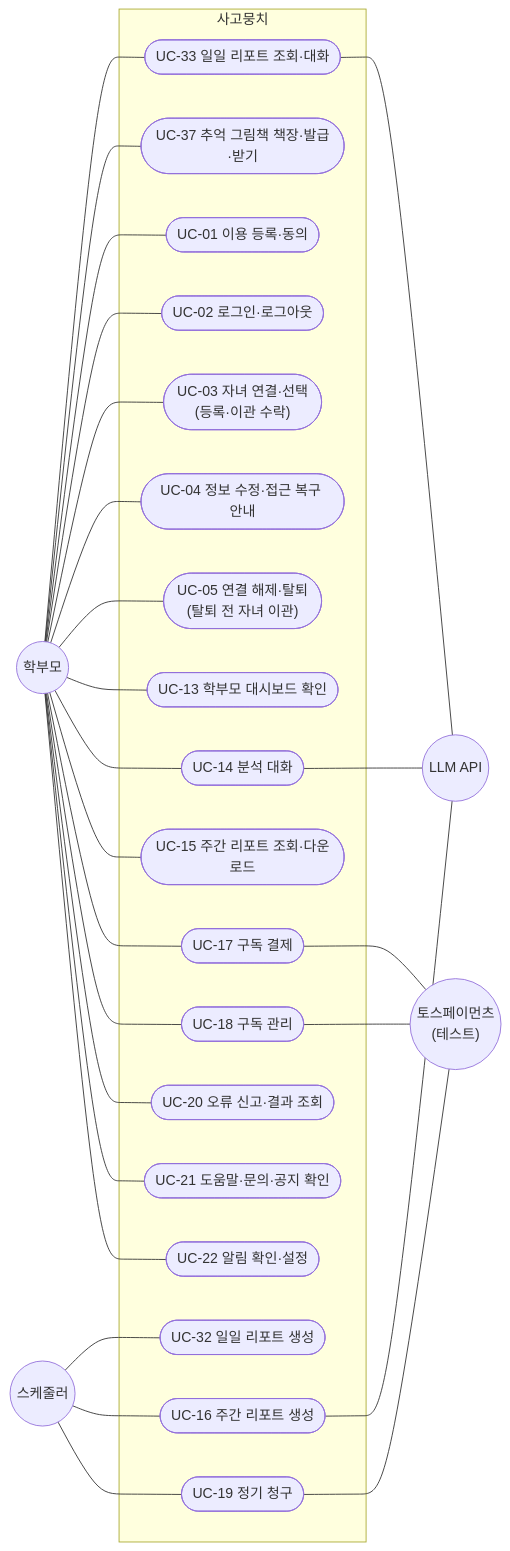
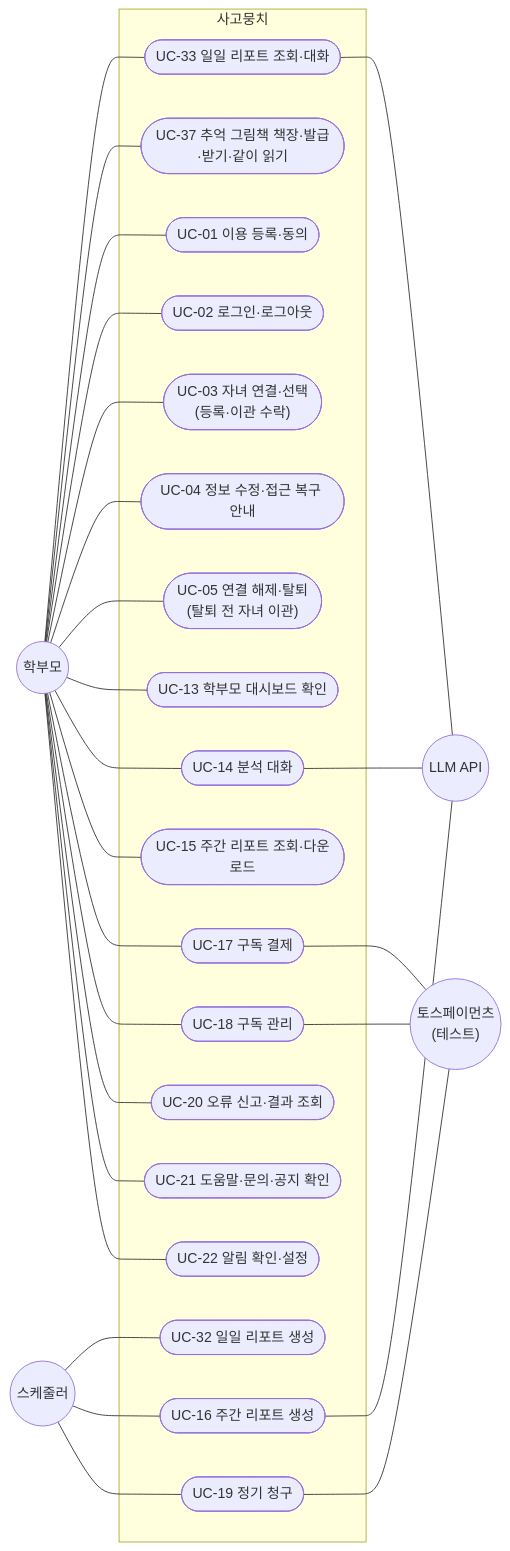
The third of 5 diagrams in docs/design/usecase.md (SKNETWORKS-FAMILY-AICAMP/SKN34-FINAL-3TEAM), drawn with Mermaid before and after one commit. The commit also changed other lines of this file and 15 other files, not shown here.

````diff
--- a/docs/design/usecase.md
+++ b/docs/design/usecase.md
@@ -118,54 +118,54 @@
 ```mermaid
 flowchart LR
   PAR(("학부모"))
   SCH(("스케줄러"))
   LLM(("LLM API"))
   PG(("토스페이먼츠<br/>(테스트)"))
 
   subgraph SYS["사고뭉치"]
     UC01(["UC-01 이용 등록·동의"])
     UC02(["UC-02 로그인·로그아웃"])
     UC03(["UC-03 자녀 연결·선택<br/>(등록·이관 수락)"])
     UC04(["UC-04 정보 수정·접근 복구 안내"])
     UC05(["UC-05 연결 해제·탈퇴<br/>(탈퇴 전 자녀 이관)"])
     UC13(["UC-13 학부모 대시보드 확인"])
     UC14(["UC-14 분석 대화"])
     UC15(["UC-15 주간 리포트 조회·다운로드"])
     UC16(["UC-16 주간 리포트 생성"])
     UC17(["UC-17 구독 결제"])
     UC18(["UC-18 구독 관리"])
     UC19(["UC-19 정기 청구"])
     UC20(["UC-20 오류 신고·결과 조회"])
     UC21(["UC-21 도움말·문의·공지 확인"])
     UC22(["UC-22 알림 확인·설정"])
     UC32(["UC-32 일일 리포트 생성"])
     UC33(["UC-33 일일 리포트 조회·대화"])
-    UC37(["UC-37 추억 그림책 책장·발급·받기"])
+    UC37(["UC-37 추억 그림책 책장·발급·받기·같이 읽기"])
   end
 
   PAR --- UC33
   PAR --- UC37
   SCH --- UC32
   UC33 --- LLM
 
   PAR --- UC01
   PAR --- UC02
   PAR --- UC03
   PAR --- UC04
   PAR --- UC05
   PAR --- UC13
   PAR --- UC14
   PAR --- UC15
   PAR --- UC17
   PAR --- UC18
   PAR --- UC20
   PAR --- UC21
   PAR --- UC22
   SCH --- UC16
   SCH --- UC19
   UC14 --- LLM
   UC16 --- LLM
   UC17 --- PG
   UC18 --- PG
   UC19 --- PG
 ```
````
